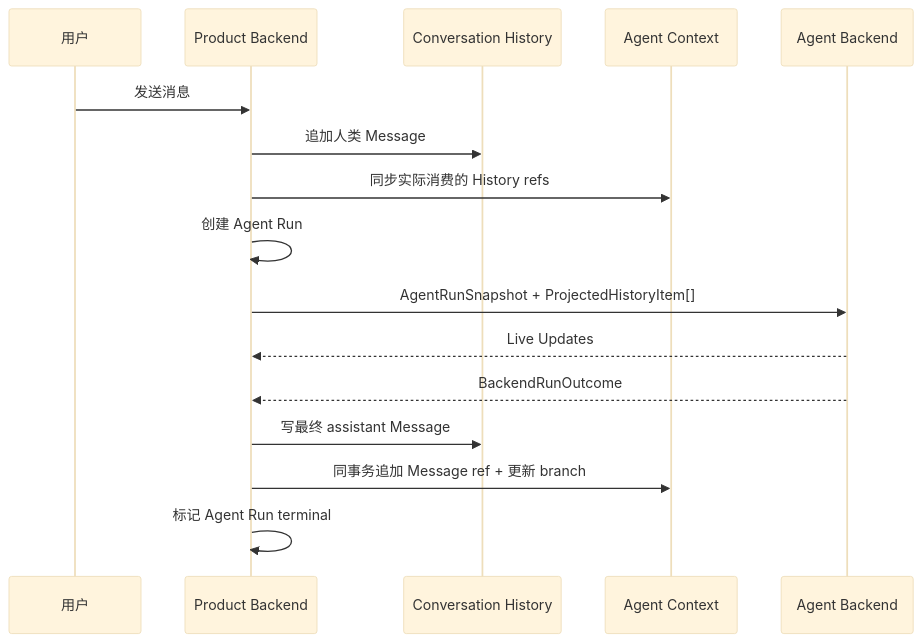
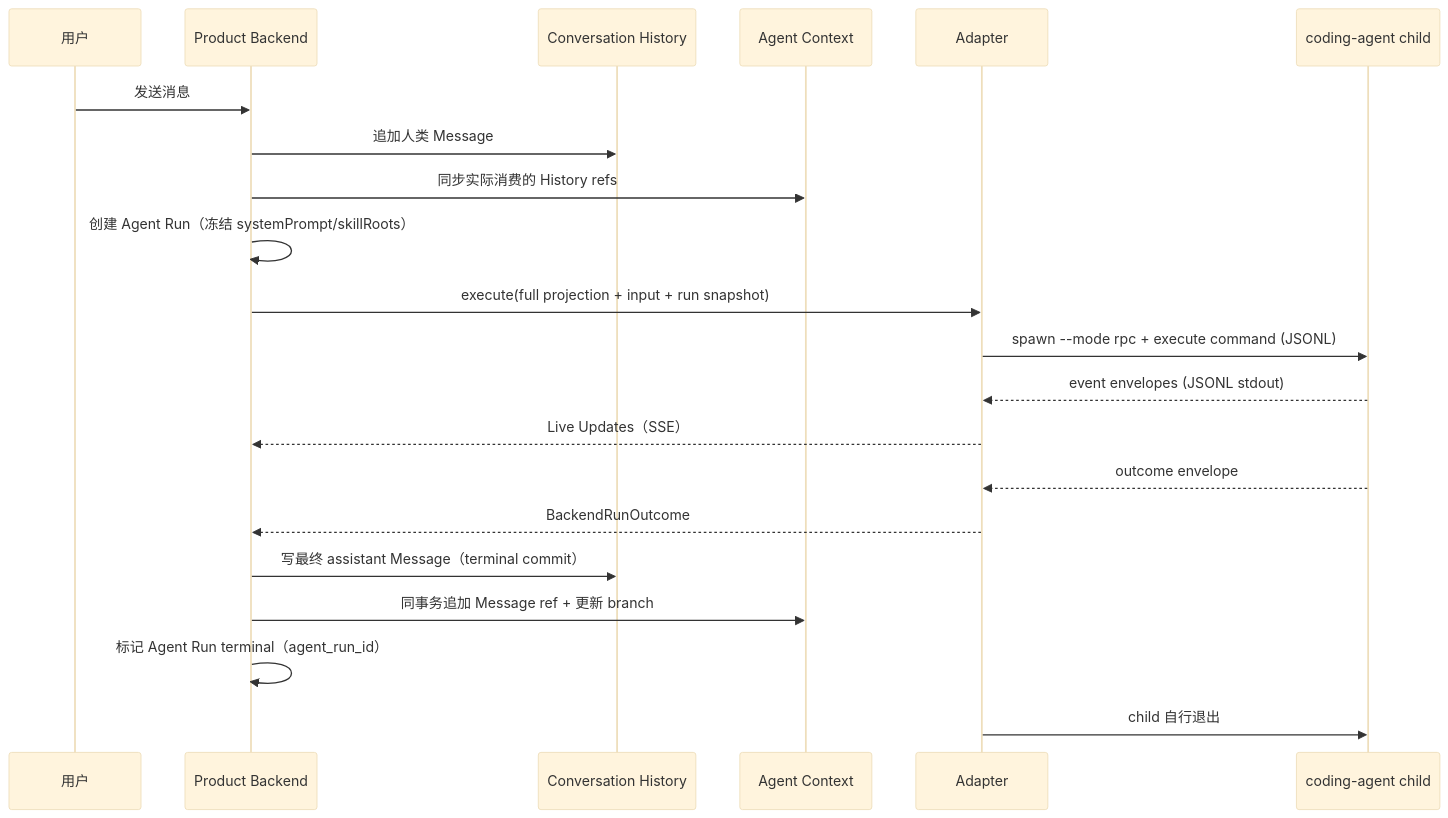
Before and after one commit to Chengchcc/my-agent-dev: the second of 2 diagrams in docs/architecture/system-overview.md, drawn with Mermaid (base theme). The commit also changed other lines of this file and 99 other files, not shown here.

````diff
--- a/docs/architecture/system-overview.md
+++ b/docs/architecture/system-overview.md
@@ -127,19 +138,24 @@
 ```mermaid
 sequenceDiagram
   participant U as 用户
   participant P as Product Backend
   participant H as Conversation History
   participant C as Agent Context
-  participant B as Agent Backend
+  participant A as Adapter
+  participant K as coding-agent child
 
   U->>P: 发送消息
   P->>H: 追加人类 Message
   P->>C: 同步实际消费的 History refs
-  P->>P: 创建 Agent Run
-  P->>B: AgentRunSnapshot + ProjectedHistoryItem[]
-  B-->>P: Live Updates
-  B-->>P: BackendRunOutcome
-  P->>H: 写最终 assistant Message
+  P->>P: 创建 Agent Run（冻结 systemPrompt/skillRoots）
+  P->>A: execute(full projection + input + run snapshot)
+  A->>K: spawn --mode rpc + execute command (JSONL)
+  K-->>A: event envelopes (JSONL stdout)
+  A-->>P: Live Updates（SSE）
+  K-->>A: outcome envelope
+  A-->>P: BackendRunOutcome
+  P->>H: 写最终 assistant Message（terminal commit）
   P->>C: 同事务追加 Message ref + 更新 branch
-  P->>P: 标记 Agent Run terminal
+  P->>P: 标记 Agent Run terminal（agent_run_id）
+  A->>K: child 自行退出
 ```
````
